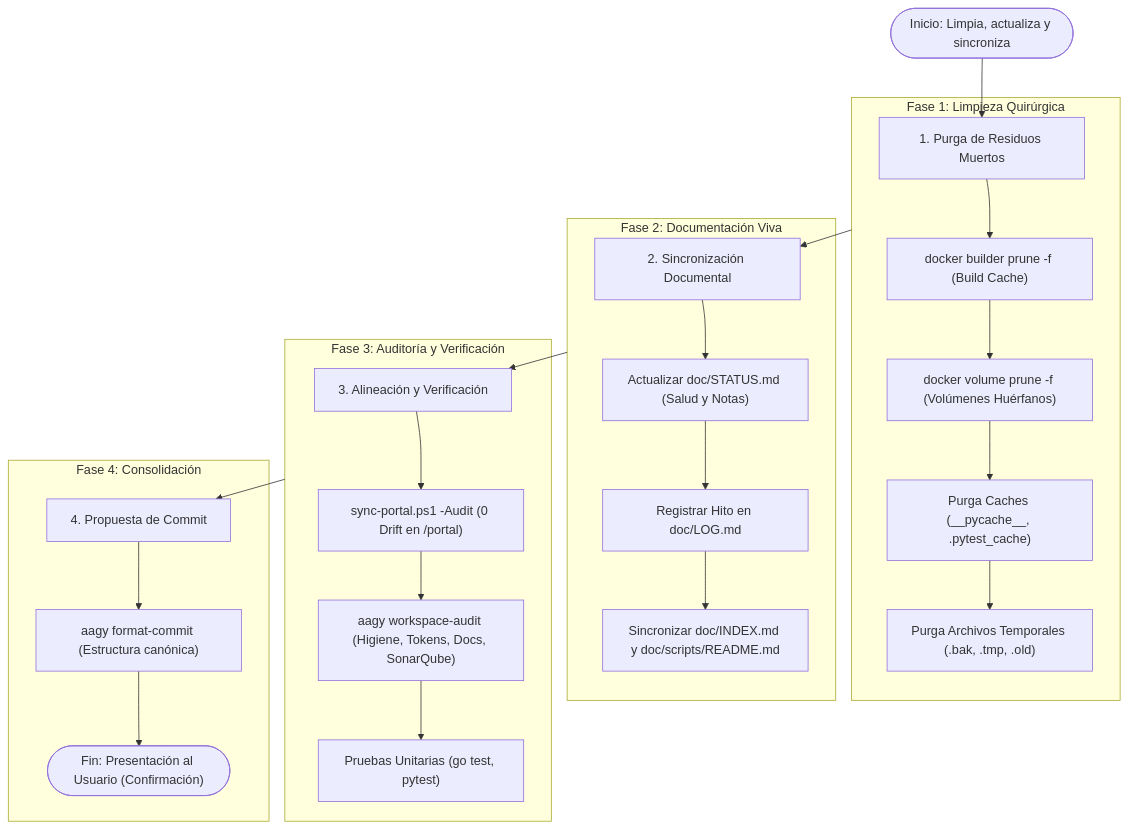
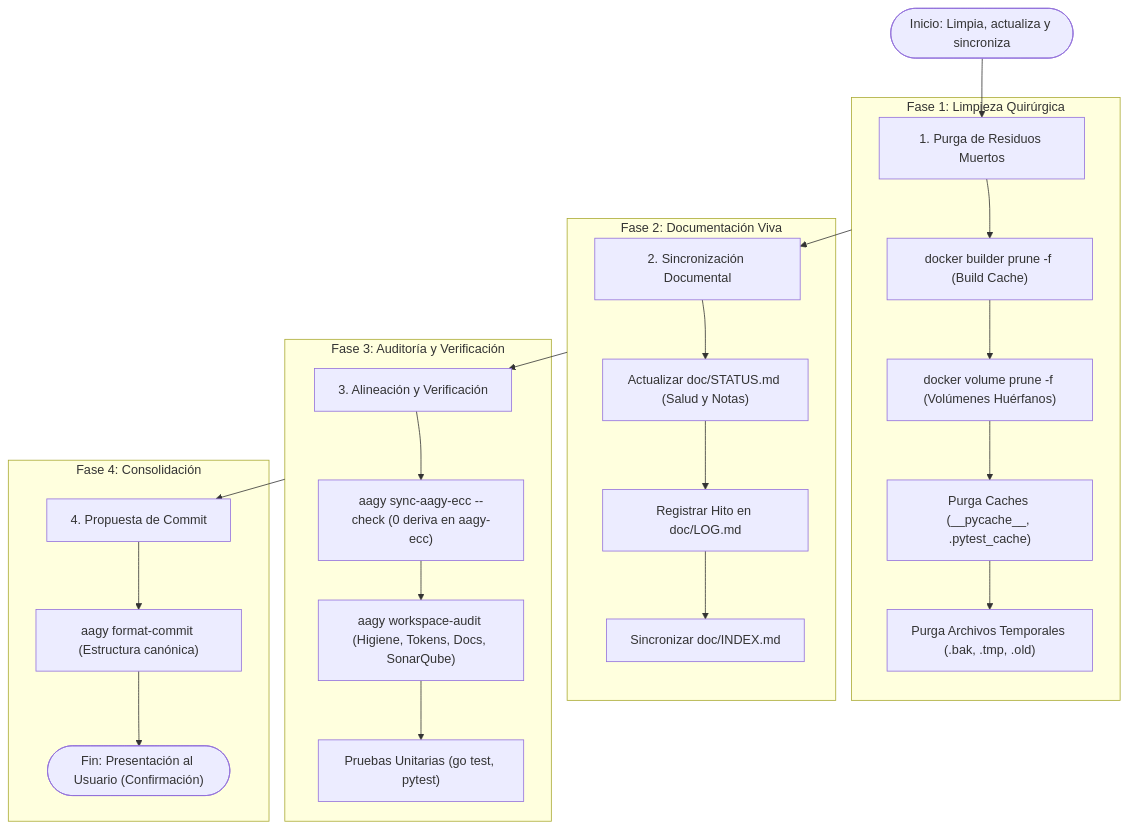
One commit to ACB75/aagy changed the diagram in doc/03-domain-and-flows/dgrms/DGRM_aagy_sync_clean_align_flow.mmd. Above: the diagram before and after it, drawn with Mermaid. The commit also changed 492 other files, not shown here.

First line of the commit message:
[docs]-[aagy,aagy-ecc,scripts,doc]: revisión final de la documentación y versión 5.0.0 (#130)

```diff
--- a/doc/03-domain-and-flows/dgrms/DGRM_aagy_sync_clean_align_flow.mmd
+++ b/doc/03-domain-and-flows/dgrms/DGRM_aagy_sync_clean_align_flow.mmd
@@ -1,32 +1,32 @@
 flowchart TD
     Start(["Inicio: Limpia, actualiza y sincroniza"]) --> P1["1. Purga de Residuos Muertos"]
     
     subgraph Purga["Fase 1: Limpieza Quirúrgica"]
         P1 --> D1["docker builder prune -f (Build Cache)"]
         D1 --> D2["docker volume prune -f (Volúmenes Huérfanos)"]
         D2 --> FS1["Purga Caches (__pycache__, .pytest_cache)"]
         FS1 --> FS2["Purga Archivos Temporales (.bak, .tmp, .old)"]
     end
 
     Purga --> P2["2. Sincronización Documental"]
 
     subgraph Documentacion["Fase 2: Documentación Viva"]
         P2 --> DOC1["Actualizar doc/STATUS.md (Salud y Notas)"]
         DOC1 --> DOC2["Registrar Hito en doc/LOG.md"]
-        DOC2 --> DOC3["Sincronizar doc/INDEX.md y doc/scripts/README.md"]
+        DOC2 --> DOC3["Sincronizar doc/INDEX.md"]
     end
 
     Documentacion --> P3["3. Alineación y Verificación"]
 
     subgraph Verificacion["Fase 3: Auditoría y Verificación"]
-        P3 --> V1["sync-portal.ps1 -Audit (0 Drift en /portal)"]
+        P3 --> V1["aagy sync-aagy-ecc --check (0 deriva en aagy-ecc)"]
         V1 --> V2["aagy workspace-audit (Higiene, Tokens, Docs, SonarQube)"]
         V2 --> V3["Pruebas Unitarias (go test, pytest)"]
     end
 
     Verificacion --> P4["4. Propuesta de Commit"]
 
     subgraph Commit["Fase 4: Consolidación"]
         P4 --> C1["aagy format-commit (Estructura canónica)"]
         C1 --> End(["Fin: Presentación al Usuario (Confirmación)"])
     end
```
